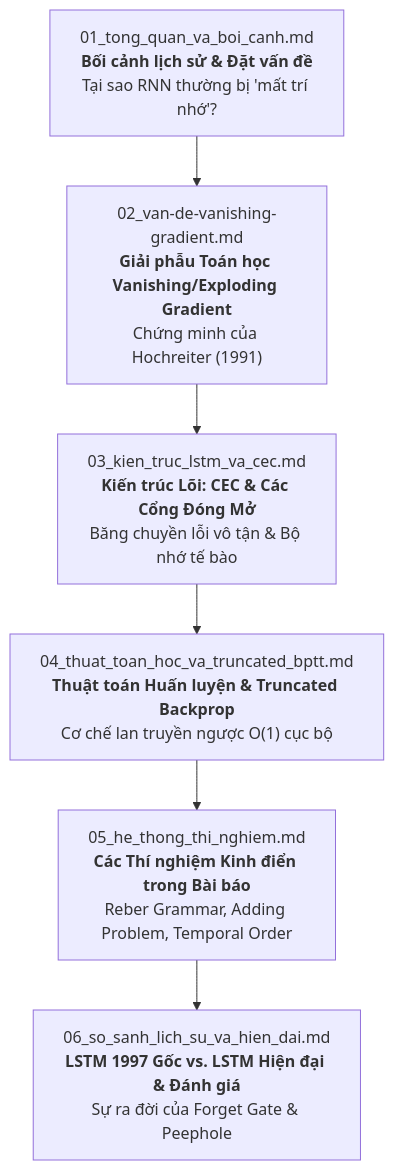
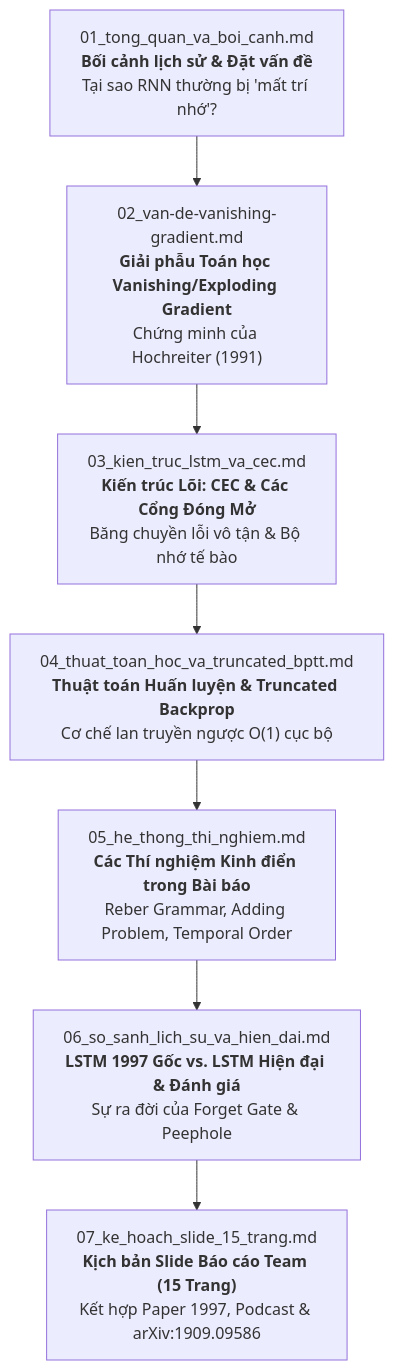
The diagram in PTDLKD/LSTM/explanation/README.md (snowflake-vibing/KnowledgeLibrary), drawn with Mermaid before and after one commit. The commit also changed other lines of this file and 1 other file, not shown here.

Commit message:
docs: them ke hoach slide bao cao team 15 trang cho LSTM

````diff
--- a/PTDLKD/LSTM/explanation/README.md
+++ b/PTDLKD/LSTM/explanation/README.md
@@ -23,11 +23,12 @@
 ```mermaid
 flowchart TD
     Doc1["01_tong_quan_va_boi_canh.md<br><b>Bối cảnh lịch sử & Đặt vấn đề</b><br>Tại sao RNN thường bị 'mất trí nhớ'?"]
     Doc2["02_van-de-vanishing-gradient.md<br><b>Giải phẫu Toán học Vanishing/Exploding Gradient</b><br>Chứng minh của Hochreiter (1991)"]
     Doc3["03_kien_truc_lstm_va_cec.md<br><b>Kiến trúc Lõi: CEC & Các Cổng Đóng Mở</b><br>Băng chuyền lỗi vô tận & Bộ nhớ tế bào"]
     Doc4["04_thuat_toan_hoc_va_truncated_bptt.md<br><b>Thuật toán Huấn luyện & Truncated Backprop</b><br>Cơ chế lan truyền ngược O(1) cục bộ"]
     Doc5["05_he_thong_thi_nghiem.md<br><b>Các Thí nghiệm Kinh điển trong Bài báo</b><br>Reber Grammar, Adding Problem, Temporal Order"]
     Doc6["06_so_sanh_lich_su_va_hien_dai.md<br><b>LSTM 1997 Gốc vs. LSTM Hiện đại & Đánh giá</b><br>Sự ra đời của Forget Gate & Peephole"]
+    Doc7["07_ke_hoach_slide_15_trang.md<br><b>Kịch bản Slide Báo cáo Team (15 Trang)</b><br>Kết hợp Paper 1997, Podcast & arXiv:1909.09586"]
 
-    Doc1 --> Doc2 --> Doc3 --> Doc4 --> Doc5 --> Doc6
+    Doc1 --> Doc2 --> Doc3 --> Doc4 --> Doc5 --> Doc6 --> Doc7
 ```
````
